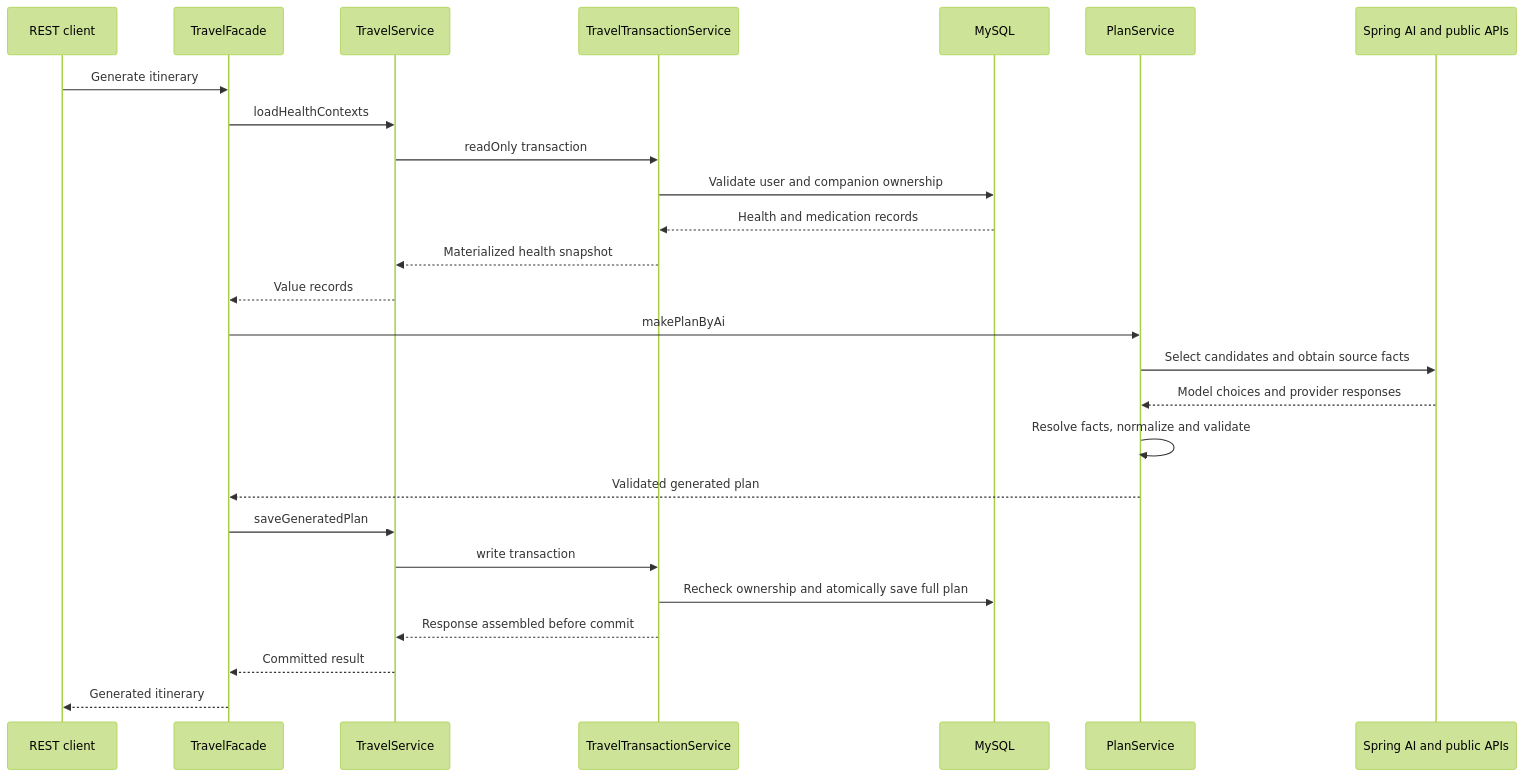
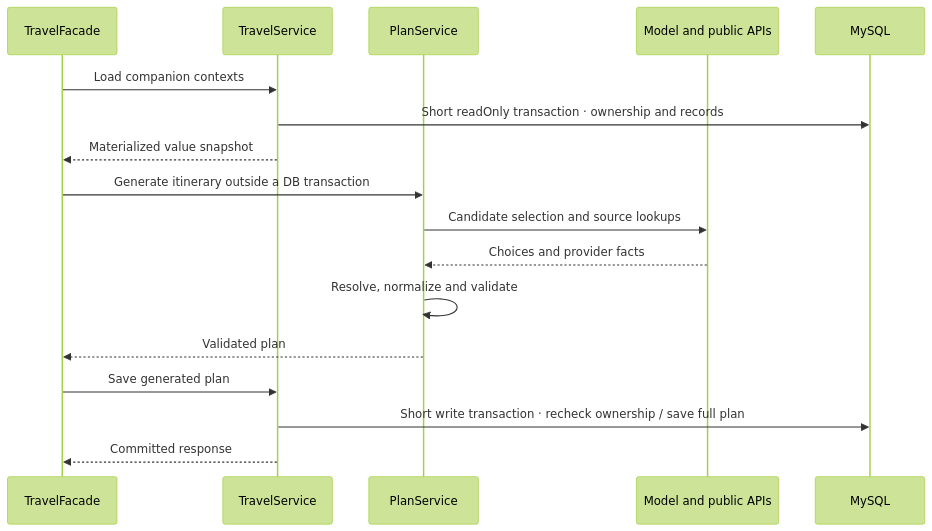
The second of 4 diagrams in README.md (team-planb-dev/BE), drawn with Mermaid (forest theme) before and after one commit. The commit also changed other lines of this file, not shown here.

Commit message:
docs : simplify README and architecture diagrams

````diff
--- a/README.md
+++ b/README.md
@@ -88,28 +81,19 @@
 ```mermaid
 sequenceDiagram
-    participant C as REST client
     participant F as TravelFacade
     participant S as TravelService
-    participant T as TravelTransactionService
-    participant D as MySQL
     participant P as PlanService
-    participant E as Spring AI and public APIs
-    C->>F: Generate itinerary
-    F->>S: loadHealthContexts
-    S->>T: readOnly transaction
-    T->>D: Validate user and companion ownership
-    D-->>T: Health and medication records
-    T-->>S: Materialized health snapshot
-    S-->>F: Value records
-    F->>P: makePlanByAi
-    P->>E: Select candidates and obtain source facts
-    E-->>P: Model choices and provider responses
-    P->>P: Resolve facts, normalize and validate
-    P-->>F: Validated generated plan
-    F->>S: saveGeneratedPlan
-    S->>T: write transaction
-    T->>D: Recheck ownership and atomically save full plan
-    T-->>S: Response assembled before commit
-    S-->>F: Committed result
-    F-->>C: Generated itinerary
+    participant E as Model and public APIs
+    participant DB as MySQL
+    F->>S: Load companion contexts
+    S->>DB: Short readOnly transaction · ownership and records
+    S-->>F: Materialized value snapshot
+    F->>P: Generate itinerary outside a DB transaction
+    P->>E: Candidate selection and source lookups
+    E-->>P: Choices and provider facts
+    P->>P: Resolve, normalize and validate
+    P-->>F: Validated plan
+    F->>S: Save generated plan
+    S->>DB: Short write transaction · recheck ownership / save full plan
+    S-->>F: Committed response
 ```
````
